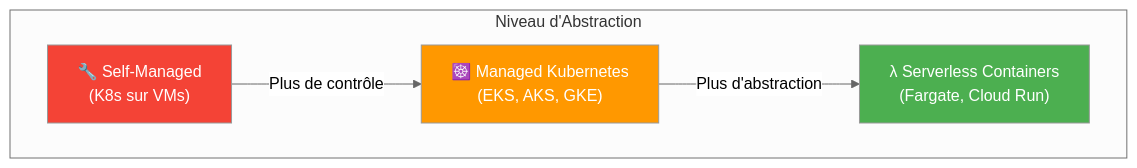
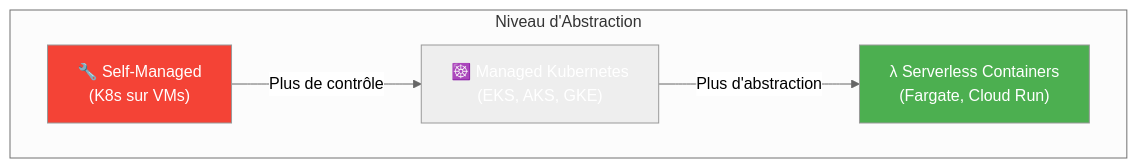
One commit to VBlackJack/ShellBook changed the tenth of 12 diagrams in docs/formations/cloud-fundamentals/08-module.md. Above: the diagram before and after it, drawn with Mermaid (neutral theme). The commit also changed other lines of this file and 337 other files, not shown here.

First line of the commit message:
refactor(docs): Standardize code blocks and Mermaid colors

````diff
--- a/docs/formations/cloud-fundamentals/08-module.md
+++ b/docs/formations/cloud-fundamentals/08-module.md
@@ -365,15 +365,15 @@
 ```mermaid
 graph TB
     subgraph "Niveau d'Abstraction"
         SELF["🔧 Self-Managed<br/>(K8s sur VMs)"]
         MANAGED["☸️ Managed Kubernetes<br/>(EKS, AKS, GKE)"]
         SERVERLESS["λ Serverless Containers<br/>(Fargate, Cloud Run)"]
     end
 
     SELF -->|"Plus de contrôle"| MANAGED
     MANAGED -->|"Plus d'abstraction"| SERVERLESS
 
     style SELF fill:#f44336,color:#fff
-    style MANAGED fill:#ff9800,color:#fff
+    style MANAGED fill:#FF9800800800,color:#fff
     style SERVERLESS fill:#4caf50,color:#fff
 ```
````
